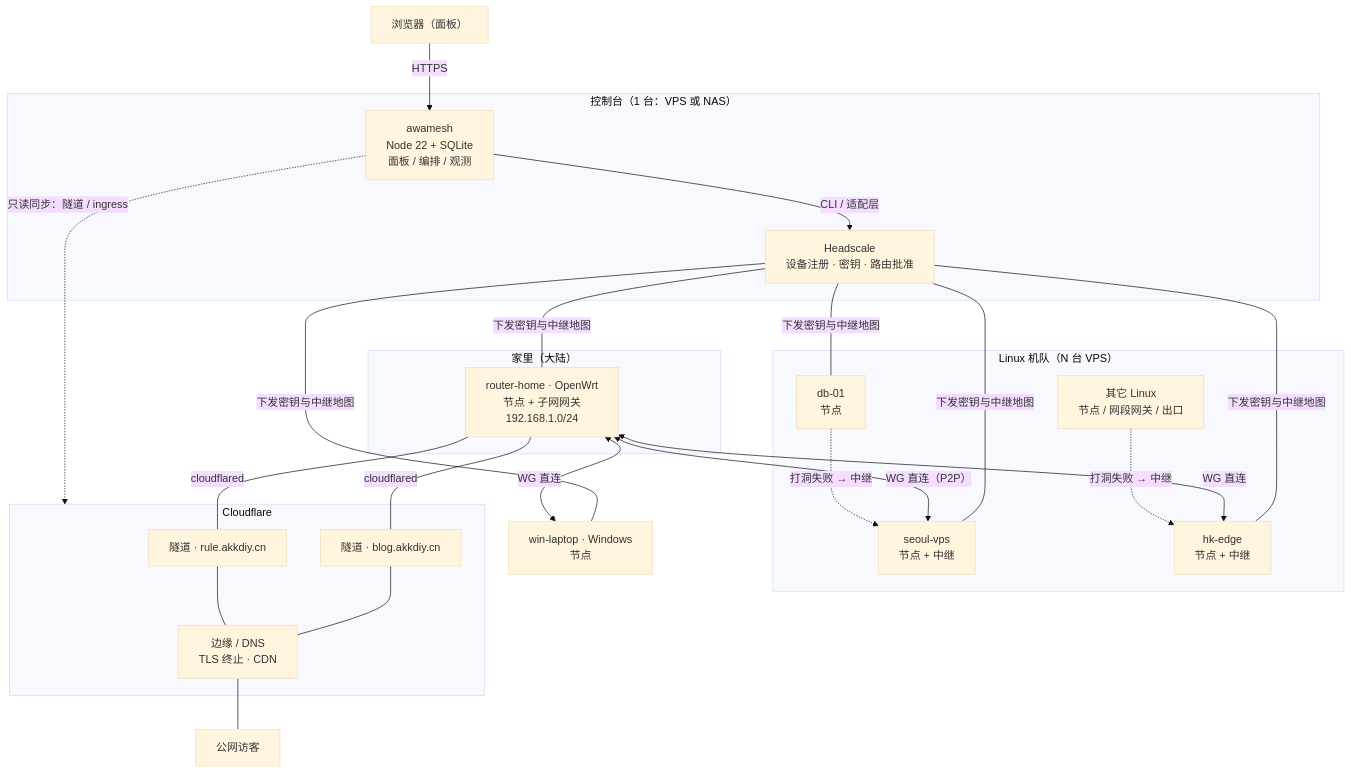
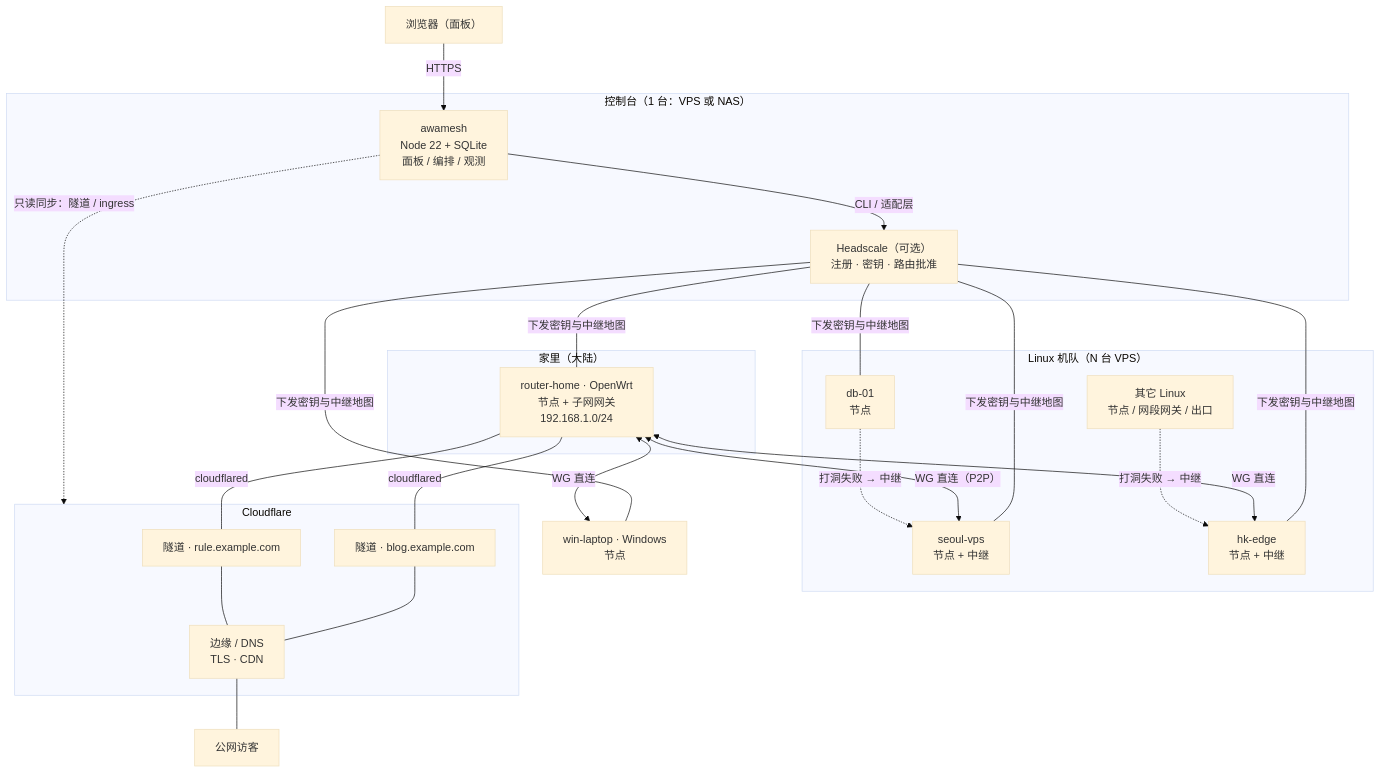
One commit to awahello/awamesh changed the diagram in README.md. Above: the diagram before and after it, drawn with Mermaid (base theme). The commit also changed other lines of this file and 4 other files, not shown here.

````diff
--- a/README.md
+++ b/README.md
@@ -189,50 +285,50 @@
 ```mermaid
 flowchart TB
   B["浏览器（面板）"]
 
   subgraph CTL["控制台（1 台：VPS 或 NAS）"]
     A["awamesh<br/>Node 22 + SQLite<br/>面板 / 编排 / 观测"]
-    H["Headscale<br/>设备注册 · 密钥 · 路由批准"]
+    H["Headscale（可选）<br/>注册 · 密钥 · 路由批准"]
     A -->|"CLI / 适配层"| H
   end
 
   subgraph LNX["Linux 机队（N 台 VPS）"]
     S1["seoul-vps<br/>节点 + 中继"]
     S2["hk-edge<br/>节点 + 中继"]
     S3["db-01<br/>节点"]
     S4["其它 Linux<br/>节点 / 网段网关 / 出口"]
   end
 
   subgraph HOME["家里（大陆）"]
     R["router-home · OpenWrt<br/>节点 + 子网网关<br/>192.168.1.0/24"]
   end
 
   W["win-laptop · Windows<br/>节点"]
 
   subgraph CF["Cloudflare"]
-    E["边缘 / DNS<br/>TLS 终止 · CDN"]
-    T1["隧道 · blog.akkdiy.cn"]
-    T2["隧道 · rule.akkdiy.cn"]
+    E["边缘 / DNS<br/>TLS · CDN"]
+    T1["隧道 · blog.example.com"]
+    T2["隧道 · rule.example.com"]
   end
 
   B -->|HTTPS| A
   A -.->|"只读同步：隧道 / ingress"| CF
 
   H ---|下发密钥与中继地图| S1
   H ---|下发密钥与中继地图| S2
   H ---|下发密钥与中继地图| S3
   H ---|下发密钥与中继地图| R
   H ---|下发密钥与中继地图| W
 
   R <-->|"WG 直连（P2P）"| S1
   R <-->|"WG 直连"| S2
   R <-->|"WG 直连"| W
   S3 -.->|"打洞失败 → 中继"| S1
   S4 -.->|"打洞失败 → 中继"| S2
 
   R ---|cloudflared| T1
   R ---|cloudflared| T2
   T1 --- E
   T2 --- E
-  E --- 访客["公网访客"]
+  E --- V["公网访客"]
 ```
````
